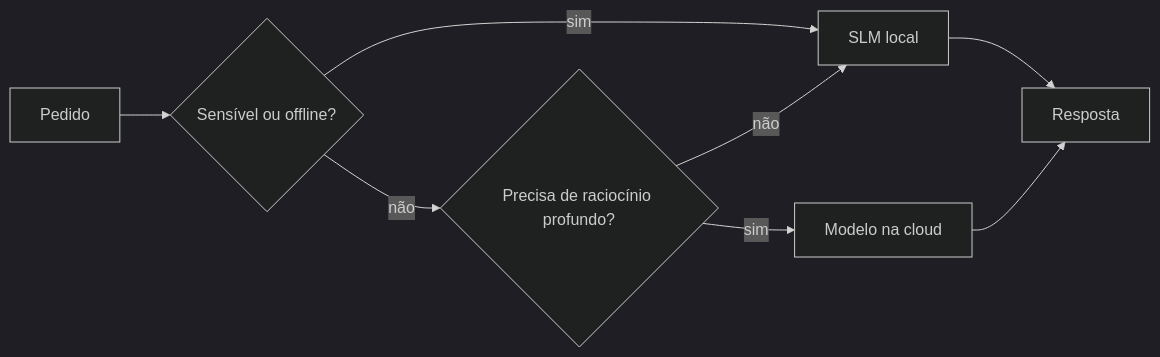
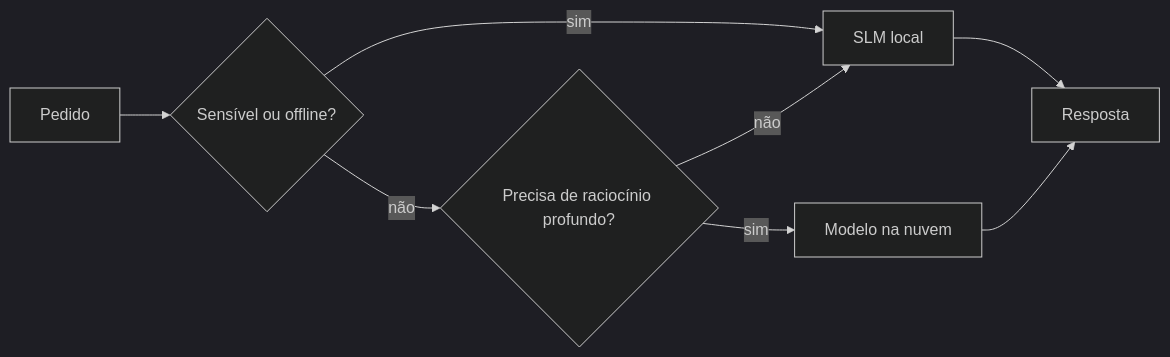
One commit to gabrielmoreira/agent-skills-mirror changed the fourth of 4 diagrams in mirrors/repos/microsoft@ai-agents-for-beginners/translations/pt-PT/17-creating-local-ai-agents/README.md. Above: the diagram before and after it, drawn with Mermaid (dark theme). The commit also changed other lines of this file and 4262 other files, not shown here.

````diff
--- a/mirrors/repos/microsoft@ai-agents-for-beginners/translations/pt-PT/17-creating-local-ai-agents/README.md
+++ b/mirrors/repos/microsoft@ai-agents-for-beginners/translations/pt-PT/17-creating-local-ai-agents/README.md
@@ -156,10 +156,10 @@
 ```mermaid
 flowchart LR
     Q[Pedido] --> S{Sensível ou offline?}
     S -->|sim| L[SLM local]
     S -->|não| C{Precisa de raciocínio profundo?}
     C -->|não| L
-    C -->|sim| Cloud[Modelo na cloud]
+    C -->|sim| Cloud[Modelo na nuvem]
     L --> Out[Resposta]
     Cloud --> Out
 ```
````
